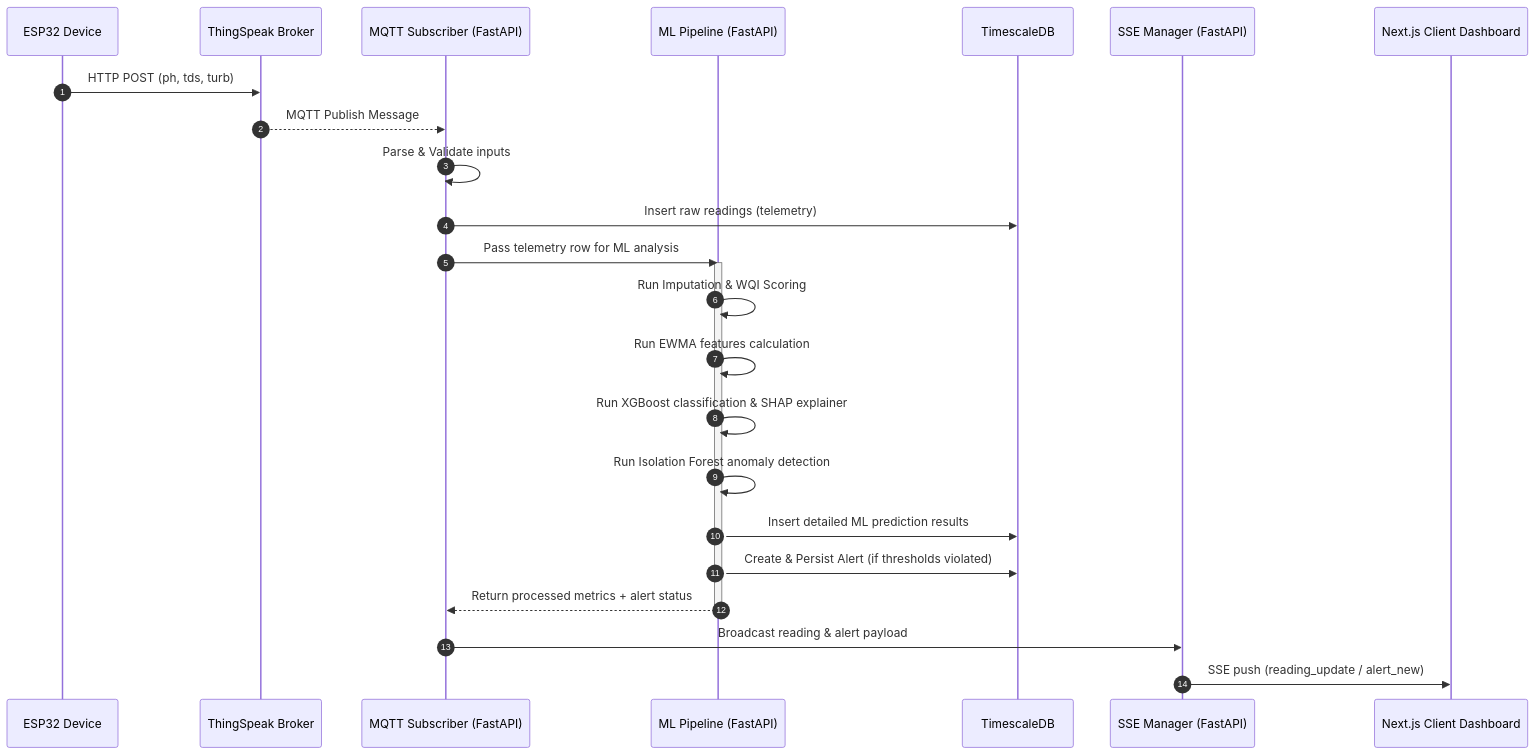
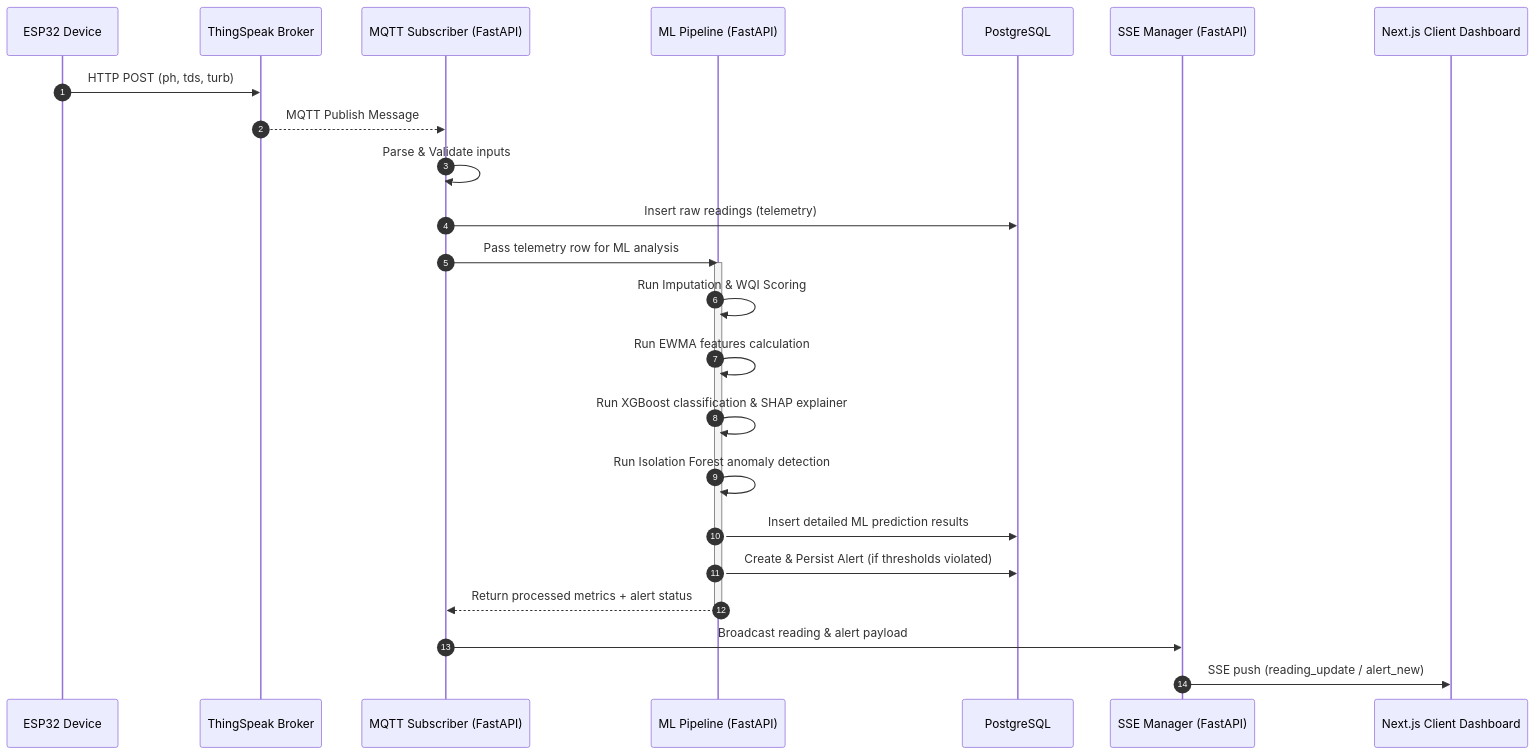
Before and after one commit to SoiledSalmon/AquaSense: the second of 3 diagrams in docs/diagrams/architecture.md, drawn with Mermaid. The commit also changed other lines of this file and 7 other files, not shown here.

````diff
--- a/docs/diagrams/architecture.md
+++ b/docs/diagrams/architecture.md
@@ -59,28 +59,28 @@
 ```mermaid
 sequenceDiagram
     autonumber
     participant ESP as ESP32 Device
     participant TS as ThingSpeak Broker
     participant SUB as MQTT Subscriber (FastAPI)
     participant ML as ML Pipeline (FastAPI)
-    participant DB as TimescaleDB
+    participant DB as PostgreSQL
     participant SSE as SSE Manager (FastAPI)
     participant UI as Next.js Client Dashboard
 
     ESP->>TS: HTTP POST (ph, tds, turb)
     TS-->>SUB: MQTT Publish Message
     SUB->>SUB: Parse & Validate inputs
     SUB->>DB: Insert raw readings (telemetry)
     SUB->>ML: Pass telemetry row for ML analysis
     activate ML
     ML->>ML: Run Imputation & WQI Scoring
     ML->>ML: Run EWMA features calculation
     ML->>ML: Run XGBoost classification & SHAP explainer
     ML->>ML: Run Isolation Forest anomaly detection
     ML->>DB: Insert detailed ML prediction results
     ML->>DB: Create & Persist Alert (if thresholds violated)
     ML-->>SUB: Return processed metrics + alert status
     deactivate ML
     SUB->>SSE: Broadcast reading & alert payload
     SSE->>UI: SSE push (reading_update / alert_new)
 ```
````
